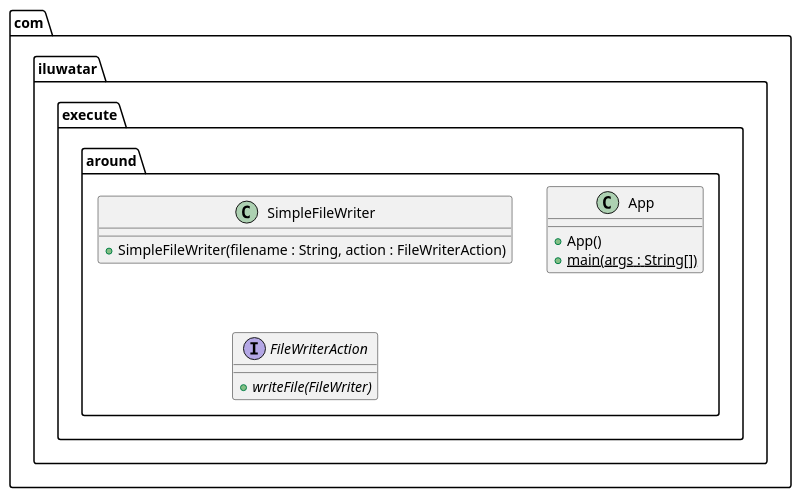
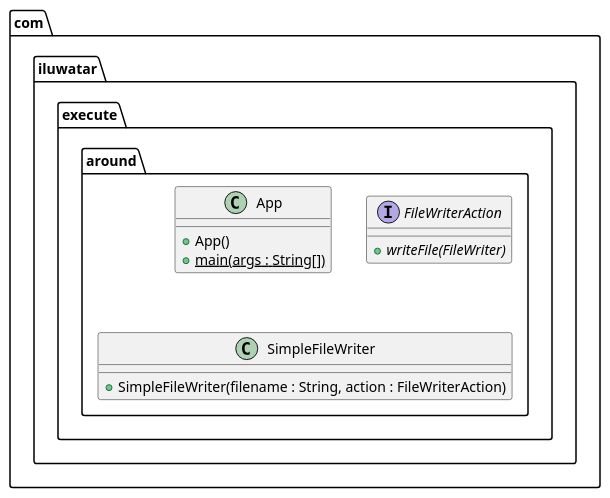
Before and after one commit to NatalieSty/java-design-patterns: the diagram in execute-around/etc/execute-around.urm.puml, drawn with PlantUML. The commit also changed other lines of this file and 84 other files, not shown here.

```diff
--- a/execute-around/etc/execute-around.urm.puml
+++ b/execute-around/etc/execute-around.urm.puml
@@ -1,14 +1,14 @@
 @startuml
 package com.iluwatar.execute.around {
-  class SimpleFileWriter {
-    + SimpleFileWriter(filename : String, action : FileWriterAction)
-  }
   class App {
     + App()
     + main(args : String[]) {static}
   }
   interface FileWriterAction {
     + writeFile(FileWriter) {abstract}
   }
+  class SimpleFileWriter {
+    + SimpleFileWriter(filename : String, action : FileWriterAction)
+  }
 }
 @enduml
```
